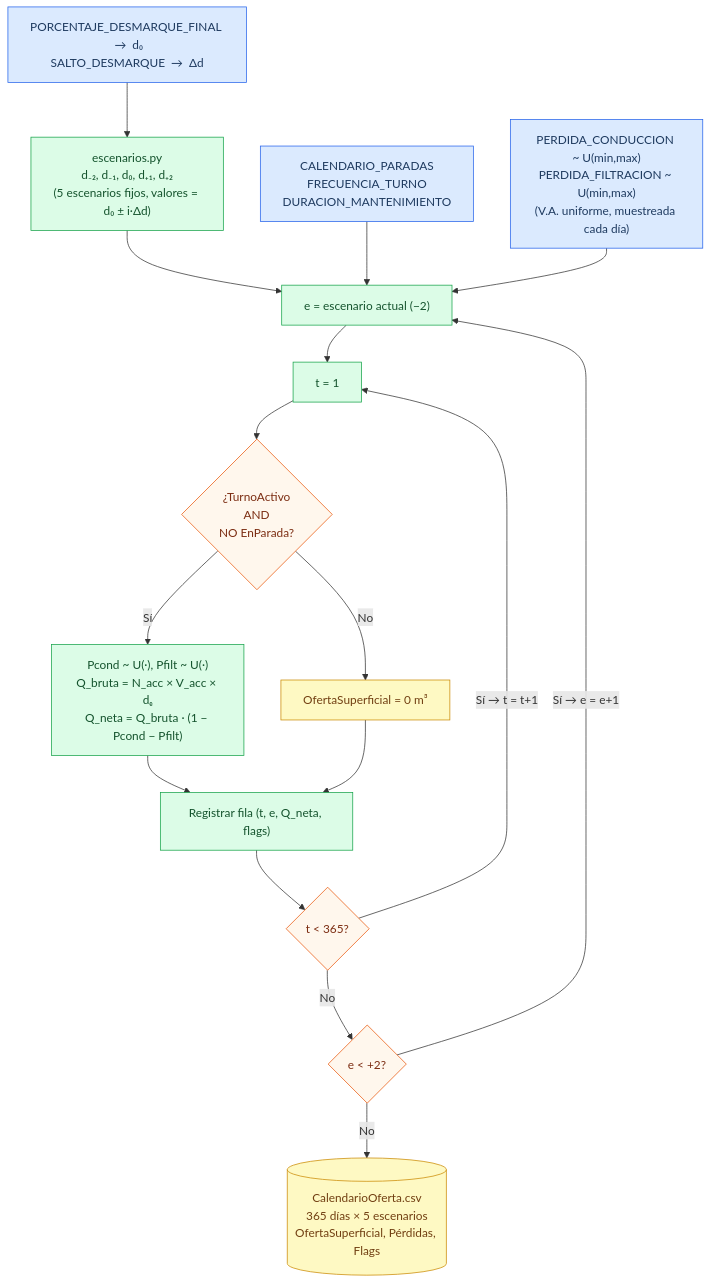
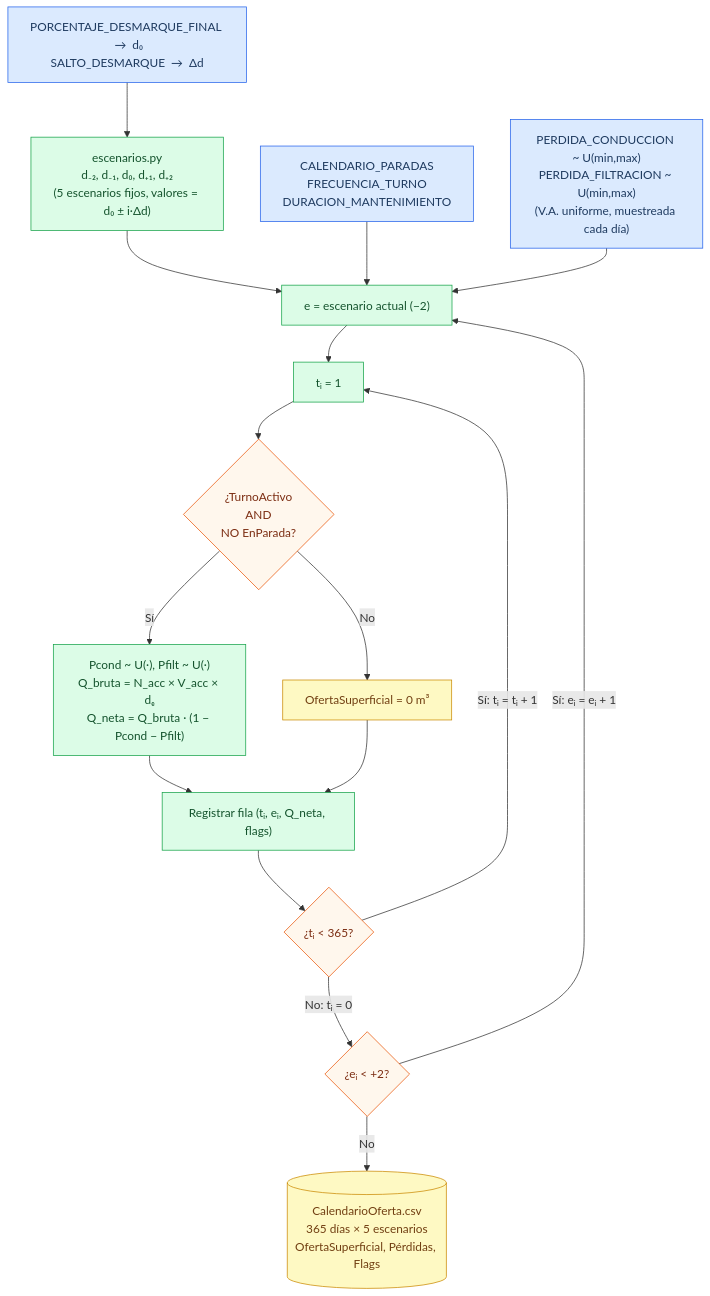
Before and after one commit to toniesky/Simulaci-n-multiparadigma-cultivo: the second of 4 diagrams in README.md, drawn with Mermaid.

Commit message:
docs: diagrama SD con subindice i y preguntas literales de variables

````diff
--- a/README.md
+++ b/README.md
@@ -73,33 +73,33 @@
 ```mermaid
 flowchart TD
     classDef param fill:#dbeafe,stroke:#2563eb,color:#1e3a5f
     classDef proc  fill:#dcfce7,stroke:#16a34a,color:#14532d
     classDef out   fill:#fef9c3,stroke:#ca8a04,color:#713f12
     classDef dec   fill:#fff7ed,stroke:#ea580c,color:#7c2d12
 
     D0["PORCENTAJE_DESMARQUE_FINAL  →  d₀\nSALTO_DESMARQUE  →  Δd"]:::param
     PL["PERDIDA_CONDUCCION ~ U(min,max)\nPERDIDA_FILTRACION ~ U(min,max)\n(V.A. uniforme, muestreada cada día)"]:::param
     CA["CALENDARIO_PARADAS\nFRECUENCIA_TURNO\nDURACION_MANTENIMIENTO"]:::param
 
     D0 --> ESC["escenarios.py\nd₋₂, d₋₁, d₀, d₊₁, d₊₂\n(5 escenarios fijos, valores = d₀ ± i·Δd)"]:::proc
 
     ESC --> ESCLOOP["e = escenario actual (−2)"]:::proc
     CA  --> ESCLOOP
     PL  --> ESCLOOP
 
-    ESCLOOP --> LOOP["t = 1"]:::proc
+    ESCLOOP --> LOOP["tᵢ = 1"]:::proc
 
     LOOP --> T{"¿TurnoActivo\nAND\nNO EnParada?"}:::dec
     T -->|"No"| Z["OfertaSuperficial = 0 m³"]:::out
     T -->|"Sí"| Q["Pcond ~ U(·), Pfilt ~ U(·)\nQ_bruta = N_acc × V_acc × dₑ\nQ_neta = Q_bruta · (1 − Pcond − Pfilt)"]:::proc
-    Q  --> REC["Registrar fila (t, e, Q_neta, flags)"]:::proc
+    Q  --> REC["Registrar fila (tᵢ, eᵢ, Q_neta, flags)"]:::proc
     Z  --> REC
 
-    REC --> NEXTD{"t < 365?"}:::dec
-    NEXTD -->|"Sí → t = t+1"| LOOP
-    NEXTD -->|"No"| NEXTE{"e < +2?"}:::dec
-    NEXTE -->|"Sí → e = e+1"| ESCLOOP
+    REC --> NEXTD{"¿tᵢ < 365?"}:::dec
+    NEXTD -->|"Sí: tᵢ = tᵢ + 1"| LOOP
+    NEXTD -->|"No: tᵢ = 0"| NEXTE{"¿eᵢ < +2?"}:::dec
+    NEXTE -->|"Sí: eᵢ = eᵢ + 1"| ESCLOOP
     NEXTE -->|"No"| CO
 
     CO[("CalendarioOferta.csv\n365 días × 5 escenarios\nOfertaSuperficial, Pérdidas, Flags")]:::out
 ```
````
